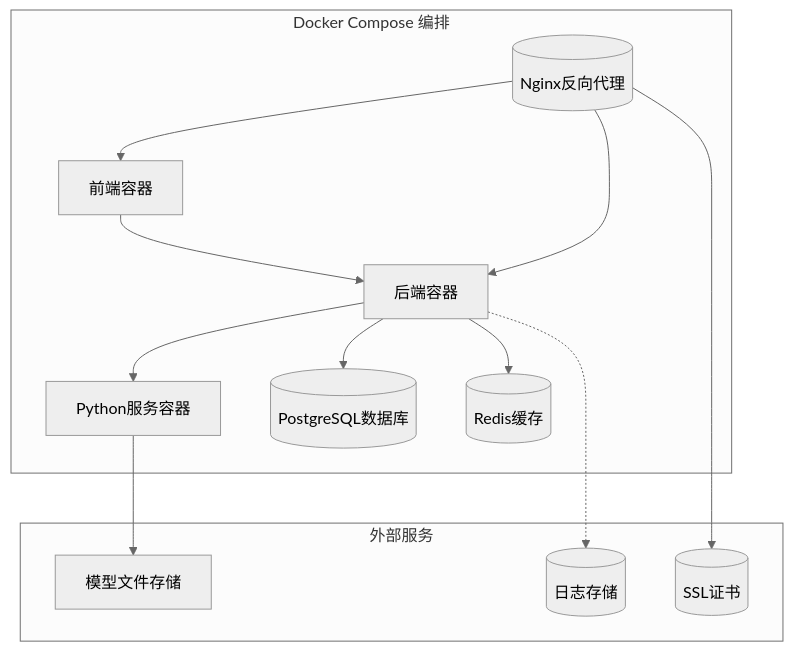
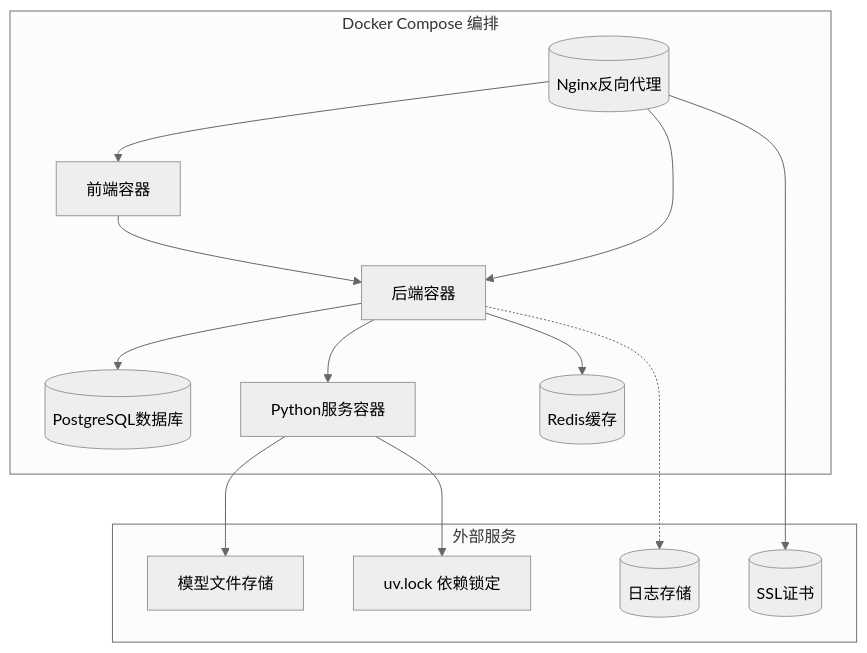
One commit to L1mingyoung/ex changed the second of 3 diagrams in .qoder/repowiki/zh/content/部署与运维/部署指南.md. Above: the diagram before and after it, drawn with Mermaid (neutral theme). The commit also changed other lines of this file and 14 other files, not shown here.

````diff
--- a/.qoder/repowiki/zh/content/部署与运维/部署指南.md
+++ b/.qoder/repowiki/zh/content/部署与运维/部署指南.md
@@ -288,25 +294,27 @@
 ```mermaid
 graph TB
 subgraph "Docker Compose 编排"
 Frontend[前端容器]
 Backend[后端容器]
 Python[Python服务容器]
 Database[(PostgreSQL数据库)]
 Redis[(Redis缓存)]
 Nginx[(Nginx反向代理)]
 Frontend --> Backend
 Backend --> Database
 Backend --> Python
 Backend --> Redis
 Nginx --> Frontend
 Nginx --> Backend
 end
 subgraph "外部服务"
 ModelStorage[模型文件存储]
 LogStorage[(日志存储)]
 SSL[(SSL证书)]
+UVLock[uv.lock 依赖锁定]
 end
 Python --> ModelStorage
+Python --> UVLock
 Backend -.-> LogStorage
 Nginx --> SSL
 ```
````
